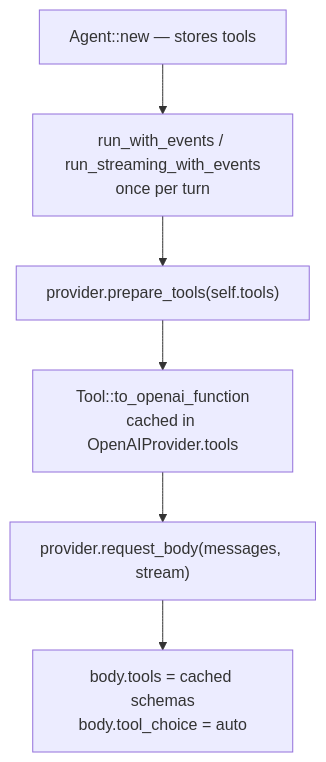
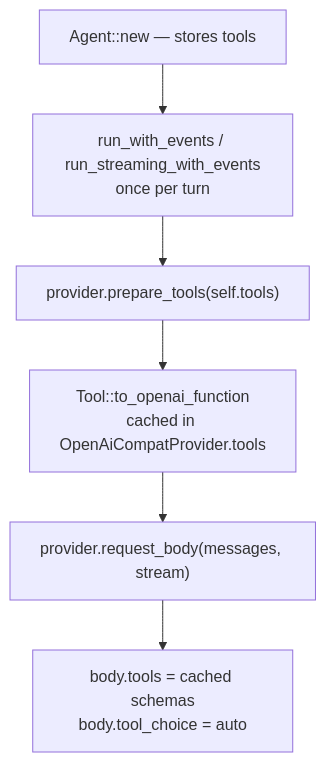
Before and after one commit to ming2k/neenee: the first of 2 diagrams in docs/explanation/tool-protocol.md, drawn with Mermaid. The commit also changed other lines of this file and 85 other files, not shown here.

````diff
--- a/docs/explanation/tool-protocol.md
+++ b/docs/explanation/tool-protocol.md
@@ -14,8 +14,8 @@
 ```mermaid
 flowchart TD
     A["Agent::new — stores tools"] --> B["run_with_events / run_streaming_with_events<br/>once per turn"]
     B --> C["provider.prepare_tools(self.tools)"]
-    C --> D["Tool::to_openai_function<br/>cached in OpenAIProvider.tools"]
+    C --> D["Tool::to_openai_function<br/>cached in OpenAiCompatProvider.tools"]
     D --> E["provider.request_body(messages, stream)"]
     E --> F["body.tools = cached schemas<br/>body.tool_choice = auto"]
 ```
````
